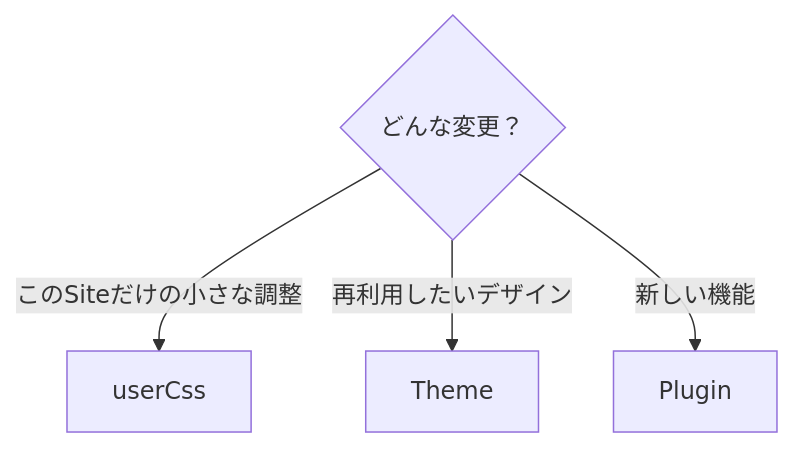
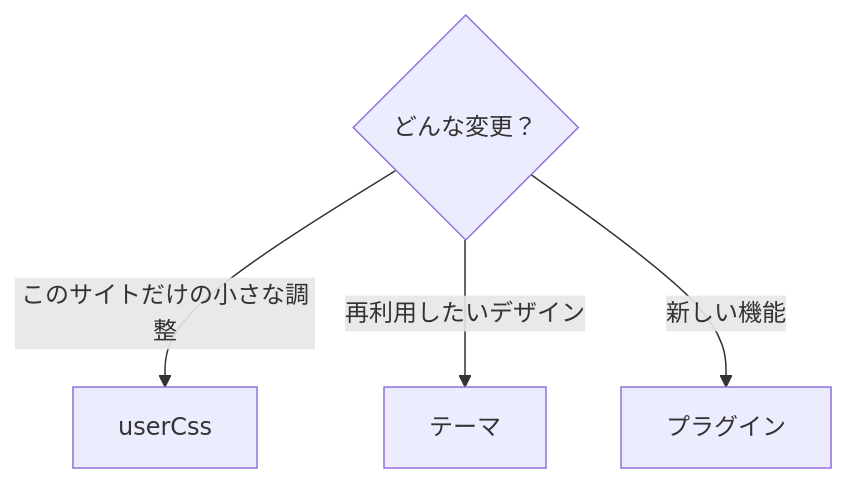
One commit to Rerurate514/riebeckite changed the third of 4 diagrams in docs/docs/themes/README.ja.md. Above: the diagram before and after it, drawn with Mermaid. The commit also changed other lines of this file and 310 other files, not shown here.

````diff
--- a/docs/docs/themes/README.ja.md
+++ b/docs/docs/themes/README.ja.md
@@ -255,8 +239,8 @@
 ```mermaid id="11q6oz"
 flowchart TD
     Change{"どんな変更？"}
 
-    Change -->|"このSiteだけの小さな調整"| CSS["userCss"]
-    Change -->|"再利用したいデザイン"| Theme["Theme"]
-    Change -->|"新しい機能"| Plugin["Plugin"]
+    Change -->|"このサイトだけの小さな調整"| CSS["userCss"]
+    Change -->|"再利用したいデザイン"| Theme["テーマ"]
+    Change -->|"新しい機能"| Plugin["プラグイン"]
 ```
````
